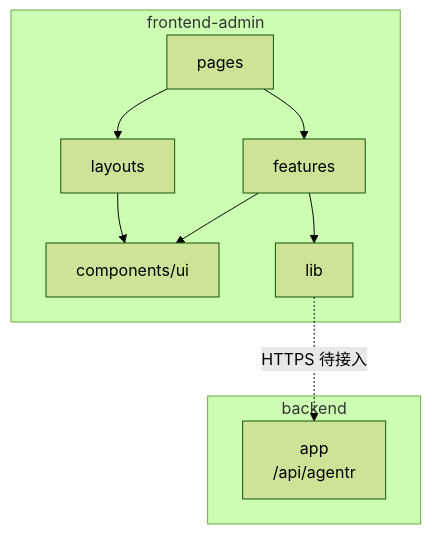
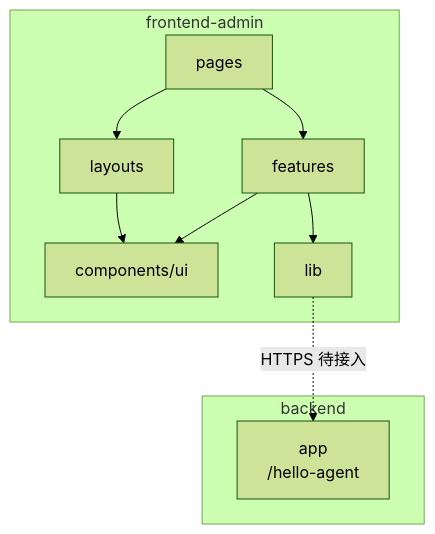
The diagram in docs/frontend-admin/工程架构.md (linuxjava/Hello-AgentR), drawn with Mermaid (forest theme) before and after one commit. The commit also changed other lines of this file and 20 other files, not shown here.

````diff
--- a/docs/frontend-admin/工程架构.md
+++ b/docs/frontend-admin/工程架构.md
@@ -91,21 +91,21 @@
 ```mermaid
 flowchart TB
   subgraph admin["frontend-admin"]
     PAGES[pages]
     FEAT[features]
     UI[components/ui]
     LIB[lib]
     LAY[layouts]
   end
 
   subgraph backend["backend"]
-    APP[app<br/>/api/agentr]
+    APP[app<br/>/hello-agent]
   end
 
   PAGES --> FEAT
   PAGES --> LAY
   LAY --> UI
   FEAT --> LIB
   FEAT --> UI
   LIB -.->|"HTTPS 待接入"| APP
 ```
````
